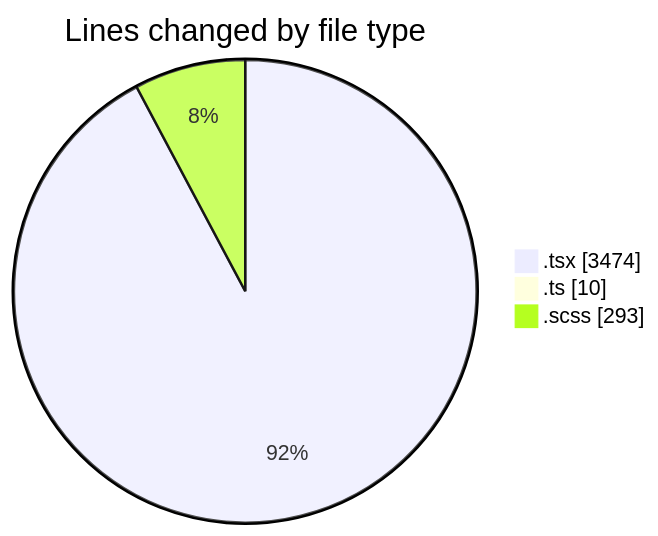
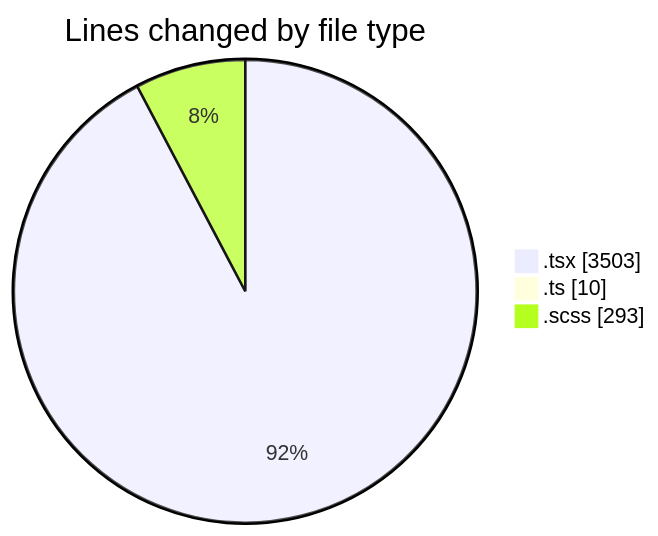
Before and after one commit to momahboobian/code-tracking: the first of 2 diagrams in 2025-11-17/cda/README.md, drawn with Mermaid. The commit also changed other lines of this file and 1 other file, not shown here.

````diff
--- a/2025-11-17/cda/README.md
+++ b/2025-11-17/cda/README.md
@@ -27,7 +27,7 @@
 ```mermaid
 pie showData
 title Lines changed by file type
-".tsx" : 3474
+".tsx" : 3503
 ".ts" : 10
 ".scss" : 293
 ```
````
